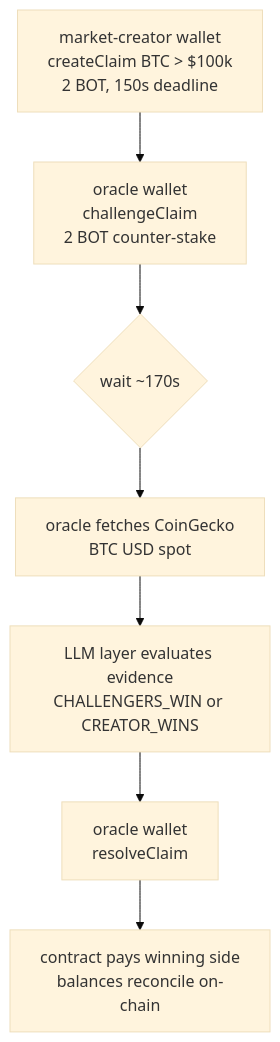
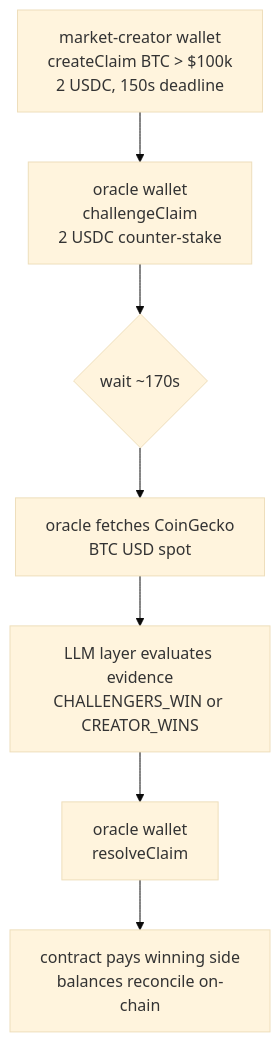
Before and after one commit to enliven17/mimir-base: the tenth of 11 diagrams in README.md, drawn with Mermaid (base theme). The commit also changed other lines of this file and 3 other files, not shown here.

````diff
--- a/README.md
+++ b/README.md
@@ -567,9 +591,9 @@
 ```mermaid
 flowchart TB
-    A[market-creator wallet<br/>createClaim BTC > $100k<br/>2 BOT, 150s deadline] --> B[oracle wallet<br/>challengeClaim<br/>2 BOT counter-stake]
+    A[market-creator wallet<br/>createClaim BTC > $100k<br/>2 USDC, 150s deadline] --> B[oracle wallet<br/>challengeClaim<br/>2 USDC counter-stake]
     B --> C{wait ~170s}
     C --> D[oracle fetches CoinGecko<br/>BTC USD spot]
     D --> E[LLM layer evaluates evidence<br/>CHALLENGERS_WIN or CREATOR_WINS]
     E --> F[oracle wallet<br/>resolveClaim]
     F --> G[contract pays winning side<br/>balances reconcile on-chain]
 ```
````
